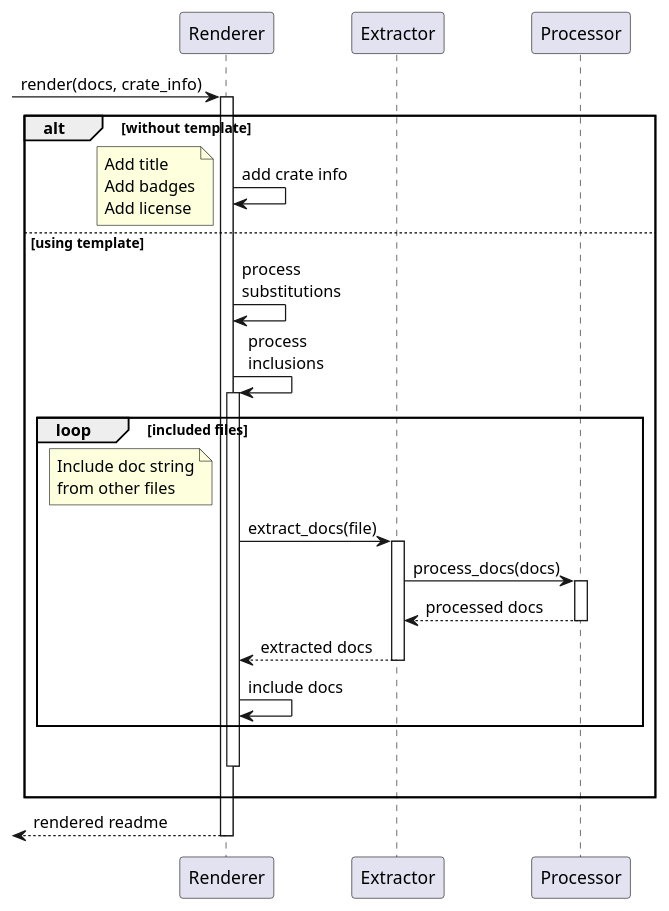
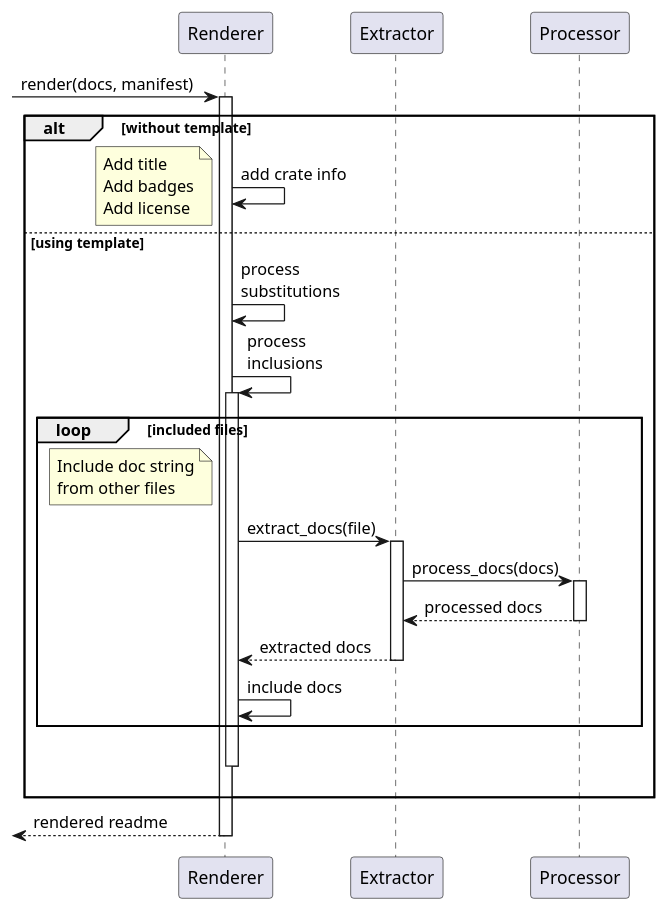
One commit to webern/cargo-readme changed the second of 2 diagrams in docs/uml/sequence.puml. Above: the diagram before and after it, drawn with PlantUML. The commit also changed other lines of this file and 1 other file, not shown here.

Commit message:
update uml , improve organization

```diff
--- a/docs/uml/sequence.puml
+++ b/docs/uml/sequence.puml
@@ -69,45 +69,45 @@
 @startuml render
 
 participant Renderer
 participant Extractor
 participant Processor
 
-[-> Renderer: render(docs, crate_info)
+[-> Renderer: render(docs, manifest)
 activate Renderer
 
 alt without template
     Renderer -> Renderer: add crate info
     note left
         Add title
         Add badges
         Add license
     end note
 else using template
     Renderer -> Renderer: process\nsubstitutions
     Renderer -> Renderer: process\ninclusions
     activate Renderer
 
     loop included files
         note left of Renderer
             Include doc string
             from other files
         end note
         Renderer -> Extractor: extract_docs(file)
         activate Extractor
         Extractor -> Processor: process_docs(docs)
         activate Processor
         Extractor <-- Processor: processed docs
         deactivate Processor
         Renderer <-- Extractor: extracted docs
         deactivate Extractor
         Renderer -> Renderer: include docs
     end
     |||
     deactivate Renderer
     |||
 end
 
 [<-- Renderer: rendered readme
 deactivate Renderer
 
 @enduml
```
